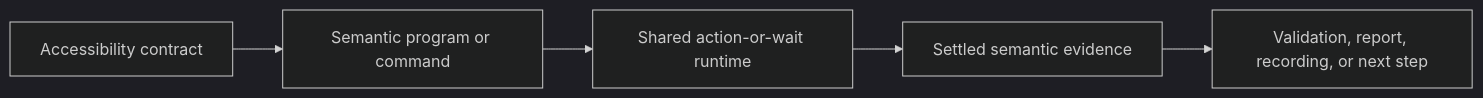
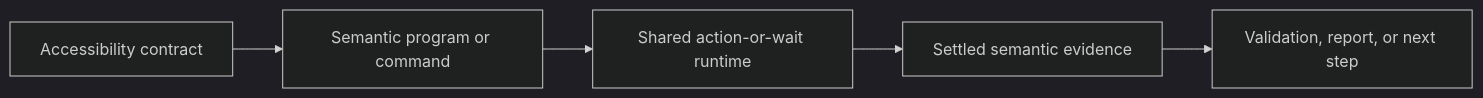
Before and after one commit to RoyalPineapple/TheButtonHeist: the diagram in docs/ACCESSIBILITY-CONTRACT.md, drawn with Mermaid (dark theme). The commit also changed other lines of this file and 69 other files, not shown here.

Commit message:
Add perform step and remove public recording

````diff
--- a/docs/ACCESSIBILITY-CONTRACT.md
+++ b/docs/ACCESSIBILITY-CONTRACT.md
@@ -13,7 +13,7 @@
 ```mermaid
 flowchart LR
     Contract["Accessibility contract"] --> Program["Semantic program or command"]
     Program --> Runtime["Shared action-or-wait runtime"]
     Runtime --> Evidence["Settled semantic evidence"]
-    Evidence --> Projection["Validation, report, recording, or next step"]
+    Evidence --> Projection["Validation, report, or next step"]
 ```
````
